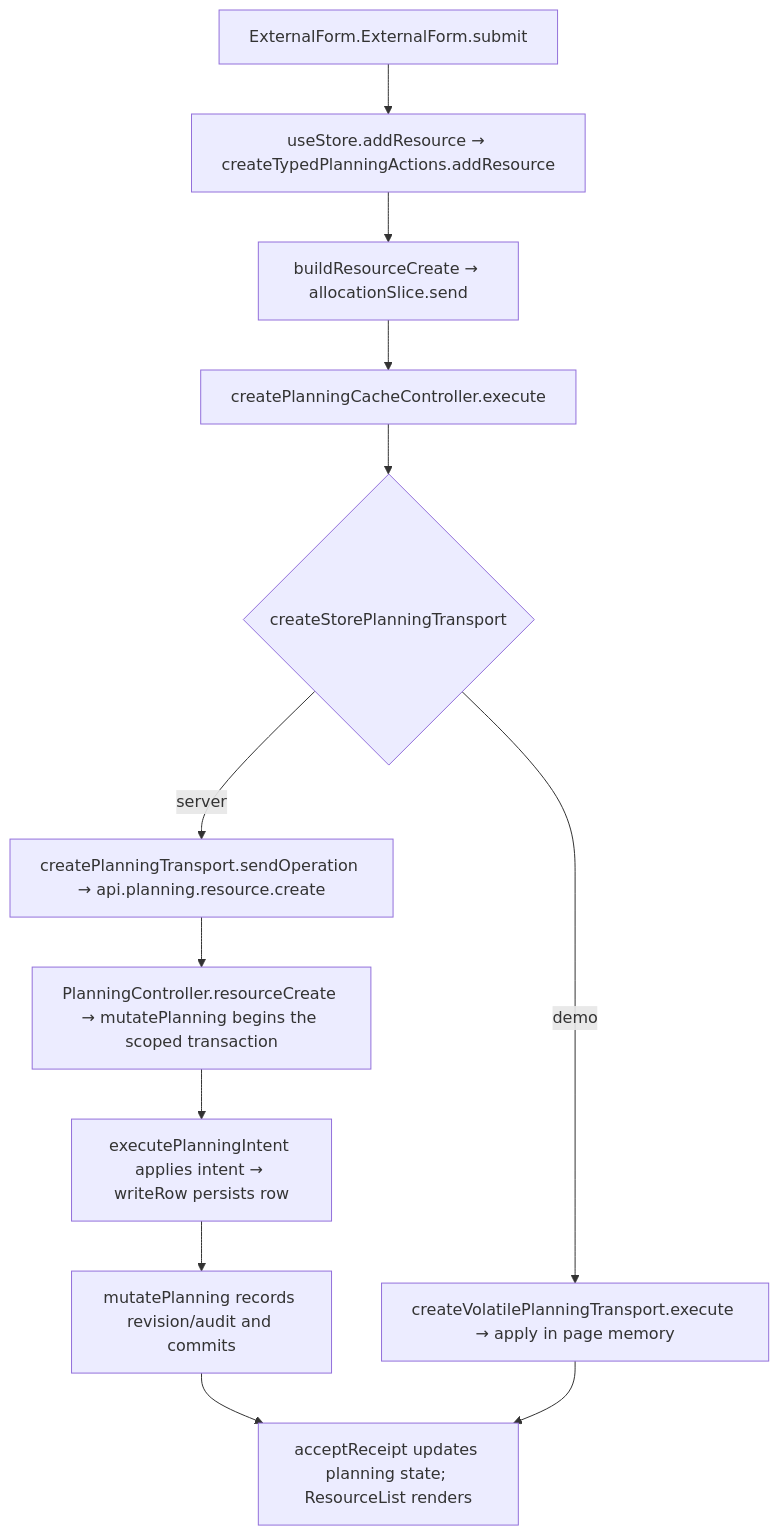
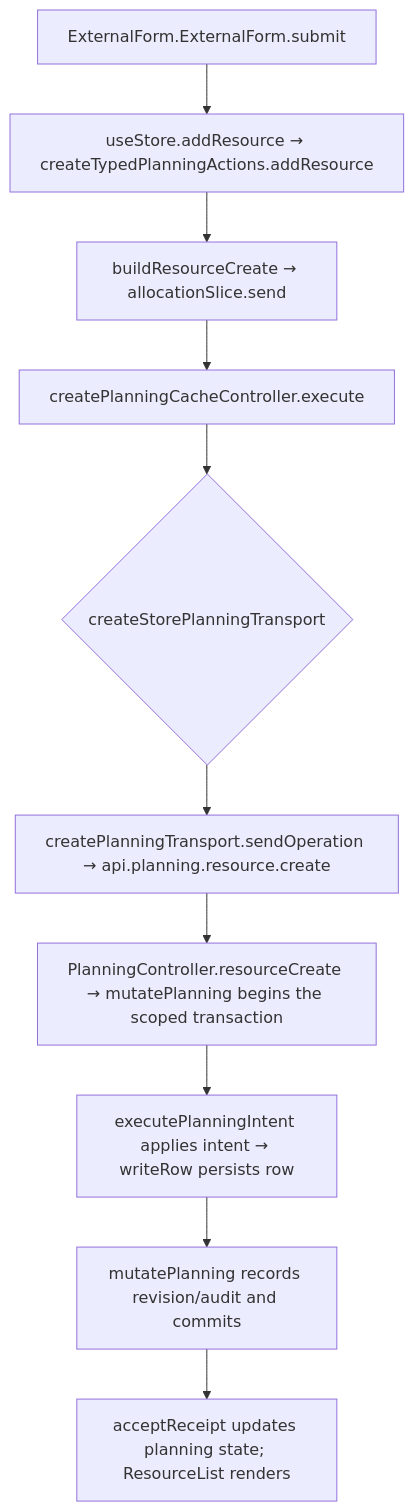
Before and after one commit to Kevinjohn/capacitylens: the second of 2 diagrams in user-stories/resources/US-RES-12-add-external-party.md, drawn with Mermaid. The commit also changed other lines of this file and 343 other files, not shown here.

Commit message:
feat: use server-owned company planning and a disposable development demo

````diff
--- a/user-stories/resources/US-RES-12-add-external-party.md
+++ b/user-stories/resources/US-RES-12-add-external-party.md
@@ -34,9 +34,8 @@
 ```mermaid
 flowchart TD
   A["ExternalForm.ExternalForm.submit"] --> B["useStore.addResource → createTypedPlanningActions.addResource"]
   B --> C["buildResourceCreate → allocationSlice.send"]
   C --> D["createPlanningCacheController.execute"] --> E{"createStorePlanningTransport"}
-  E -->|server| F["createPlanningTransport.sendOperation → api.planning.resource.create"] --> G["PlanningController.resourceCreate → mutatePlanning begins the scoped transaction"]
+  E --> F["createPlanningTransport.sendOperation → api.planning.resource.create"] --> G["PlanningController.resourceCreate → mutatePlanning begins the scoped transaction"]
   G --> H["executePlanningIntent applies intent → writeRow persists row"] --> K["mutatePlanning records revision/audit and commits"] --> J["acceptReceipt updates planning state; ResourceList renders"]
-  E -->|demo| I["createVolatilePlanningTransport.execute → apply in page memory"] --> J
 ```
````
